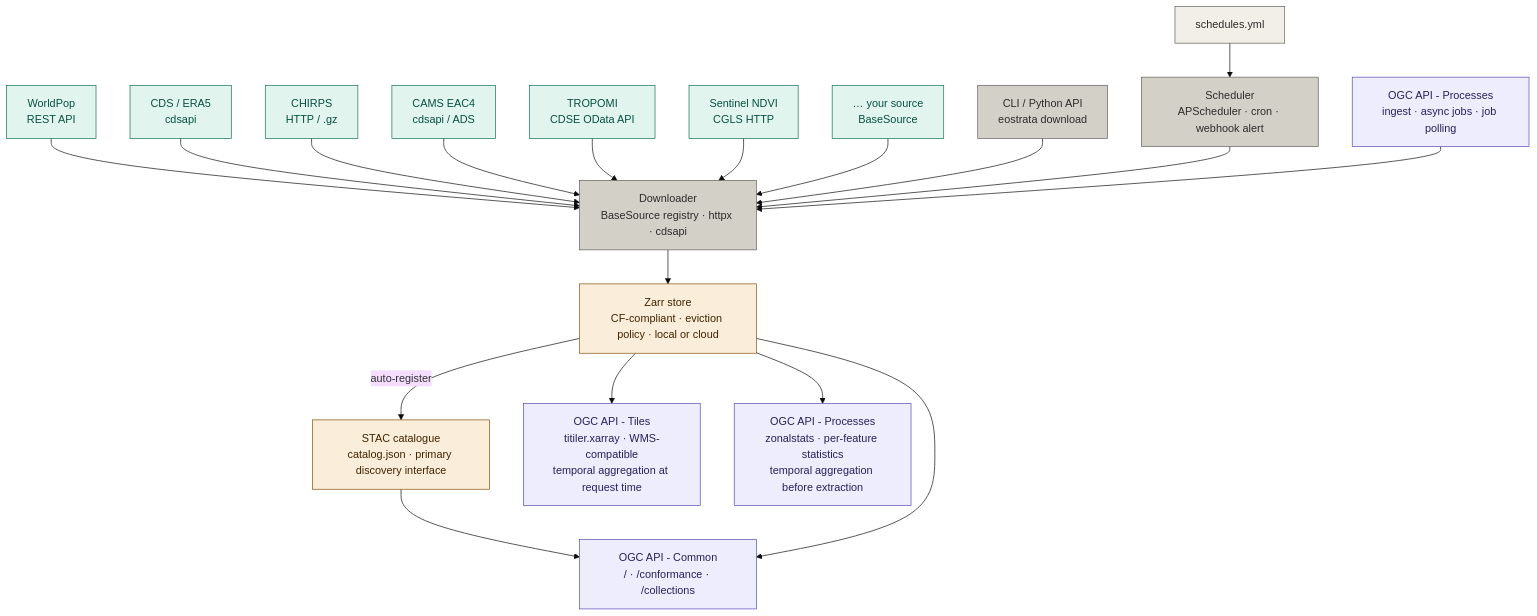
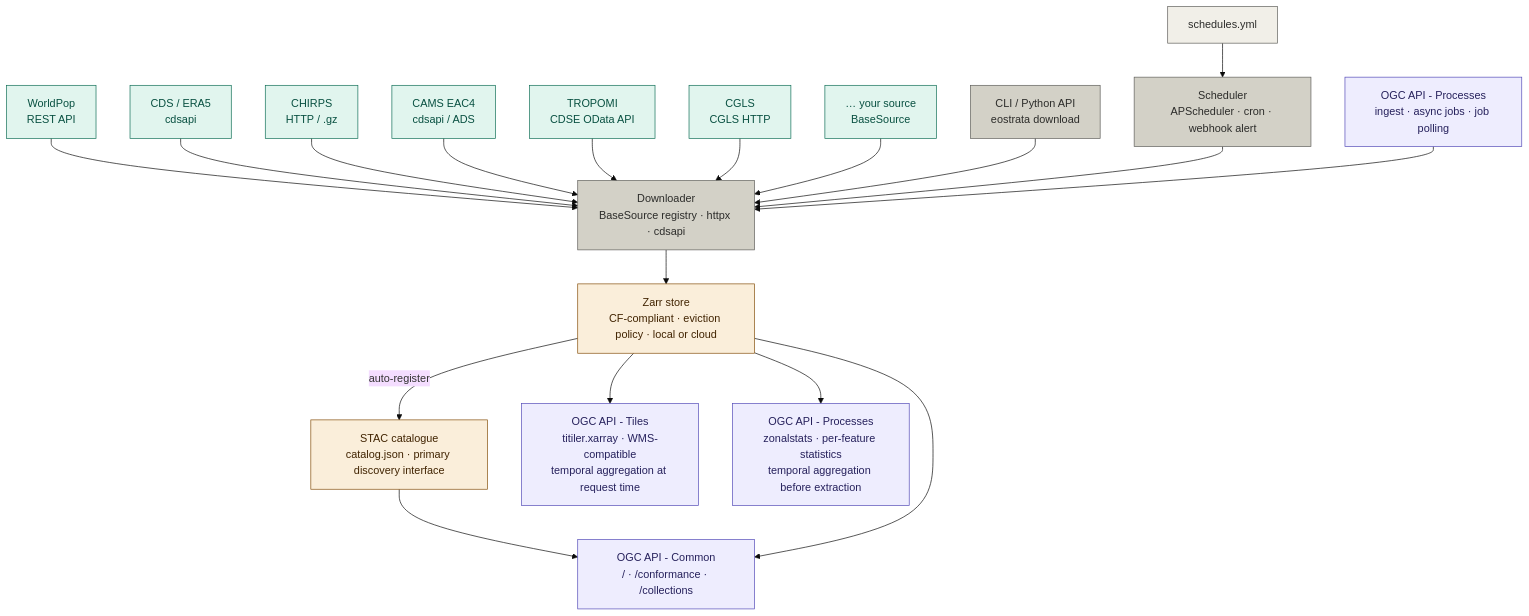
Before and after one commit to BRaimbault/eostrata: the diagram in README.md, drawn with Mermaid (base theme). The commit also changed other lines of this file and 45 other files, not shown here.

````diff
--- a/README.md
+++ b/README.md
@@ -36,40 +38,40 @@
 ```mermaid
 flowchart TD
     WP["WorldPop\nREST API"]:::src
     CDS["CDS / ERA5\ncdsapi"]:::src
     CH["CHIRPS\nHTTP / .gz"]:::src
     CAMS["CAMS EAC4\ncdsapi / ADS"]:::src
     TR["TROPOMI\nCDSE OData API"]:::src
-    ND["Sentinel NDVI\nCGLS HTTP"]:::src
+    ND["CGLS\nCGLS HTTP"]:::src
     MORE["… your source\nBaseSource"]:::src
 
     CLI["CLI / Python API\neostrata download"]:::infra
     SCH["Scheduler\nAPScheduler · cron · webhook alert"]:::infra
     SY["schedules.yml"]:::config
 
     DL["Downloader\nBaseSource registry · httpx · cdsapi"]:::infra
 
     ZS["Zarr store\nCF-compliant · eviction policy · local or cloud"]:::store
     CAT["STAC catalogue\ncatalog.json · primary discovery interface"]:::store
 
     TILE["OGC API - Tiles\ntitiler.xarray · WMS-compatible\ntemporal aggregation at request time"]:::serve
     ZON["OGC API - Processes\nzonalstats · per-feature statistics\ntemporal aggregation before extraction"]:::serve
     ING["OGC API - Processes\ningest · async jobs · job polling"]:::serve
     OGC["OGC API - Common\n/ · /conformance · /collections"]:::serve
 
     WP & CDS & CH & CAMS & TR & ND & MORE --> DL
     CLI --> DL
     SY --> SCH
     SCH --> DL
     ING --> DL
     DL --> ZS
     ZS -->|auto-register| CAT
     CAT --> OGC
     ZS --> TILE & ZON & OGC
 
     classDef src    fill:#E1F5EE,stroke:#0F6E56,color:#085041
     classDef config fill:#F1EFE8,stroke:#5F5E5A,color:#2C2C2A
     classDef infra  fill:#D3D1C7,stroke:#5F5E5A,color:#2C2C2A
     classDef store  fill:#FAEEDA,stroke:#854F0B,color:#412402
     classDef serve  fill:#EEEDFE,stroke:#534AB7,color:#26215C
 ```
````
